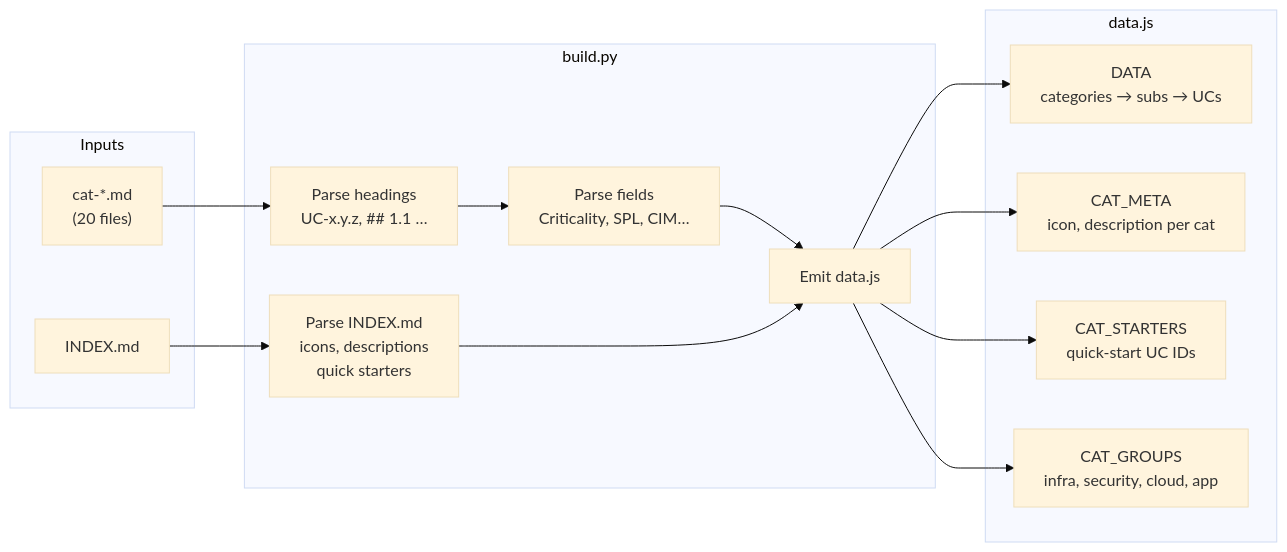
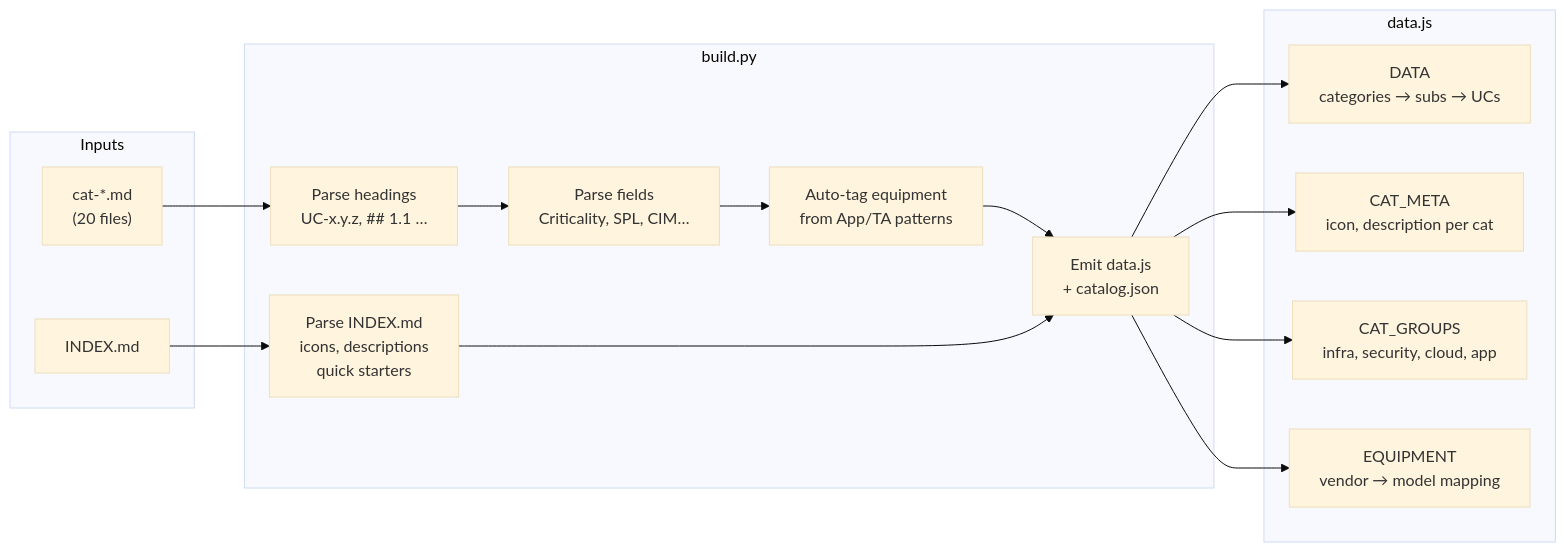
Before and after one commit to fenre/splunk-monitoring-use-cases: the third of 6 diagrams in CODEBASE-DIAGRAM.md, drawn with Mermaid (base theme). The commit also changed other lines of this file and 2293 other files, not shown here.

````diff
--- a/CODEBASE-DIAGRAM.md
+++ b/CODEBASE-DIAGRAM.md
@@ -70,31 +82,33 @@
 ```mermaid
 flowchart LR
     subgraph inputs["Inputs"]
         A["cat-*.md\n(20 files)"]
         B["INDEX.md"]
     end
 
     subgraph build_steps["build.py"]
         P1["Parse headings\nUC-x.y.z, ## 1.1 …"]
         P2["Parse fields\nCriticality, SPL, CIM…"]
         P3["Parse INDEX.md\nicons, descriptions\nquick starters"]
-        P4["Emit data.js"]
+        P4["Auto-tag equipment\nfrom App/TA patterns"]
+        P5["Emit data.js\n+ catalog.json"]
     end
 
     subgraph js["data.js"]
         D["DATA\ncategories → subs → UCs"]
         M["CAT_META\nicon, description per cat"]
-        S["CAT_STARTERS\nquick-start UC IDs"]
         G["CAT_GROUPS\ninfra, security, cloud, app"]
+        E["EQUIPMENT\nvendor → model mapping"]
     end
 
     A --> P1
     B --> P3
     P1 --> P2
     P2 --> P4
-    P3 --> P4
-    P4 --> D
-    P4 --> M
-    P4 --> S
-    P4 --> G
+    P4 --> P5
+    P3 --> P5
+    P5 --> D
+    P5 --> M
+    P5 --> G
+    P5 --> E
 ```
````
